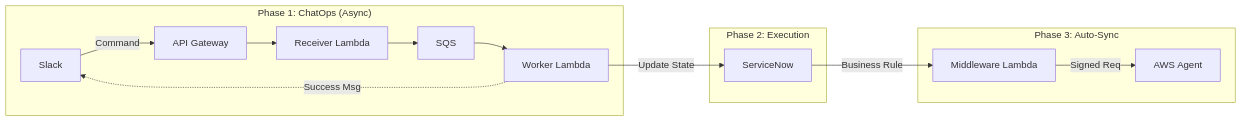
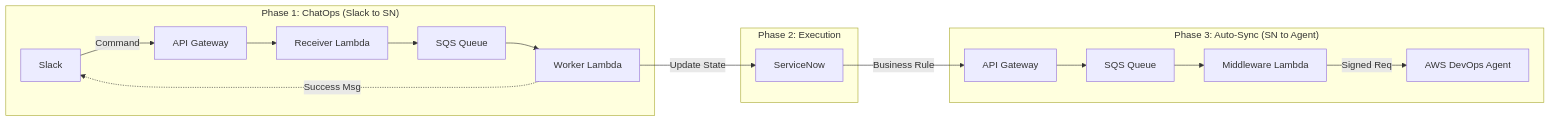
Before and after one commit to sree7k7/ChatOps-ServiceNow-DevOps-Agent-Integration: the second of 2 diagrams in README.md, drawn with Mermaid. The commit also changed other lines of this file and 5 other files, not shown here.

````diff
--- a/README.md
+++ b/README.md
@@ -69,19 +67,21 @@
 ```mermaid
 graph LR
-    subgraph "Phase 1: ChatOps (Async)"
-        Slack -->|Command| API[API Gateway]
-        API --> Receiver[Receiver Lambda]
-        Receiver --> SQS
-        SQS --> Worker[Worker Lambda]
+    subgraph "Phase 1: ChatOps (Slack to SN)"
+        Slack -->|Command| API_Chat[API Gateway]
+        API_Chat --> Receiver[Receiver Lambda]
+        Receiver --> SQS_Chat[SQS Queue]
+        SQS_Chat --> Worker[Worker Lambda]
     end
 
     subgraph "Phase 2: Execution"
         Worker -->|Update State| SN[ServiceNow]
         Worker -.->|Success Msg| Slack
     end
 
-    subgraph "Phase 3: Auto-Sync"
-        SN -->|Business Rule| MidLambda[Middleware Lambda]
-        MidLambda -->|Signed Req| Agent[AWS Agent]
+    subgraph "Phase 3: Auto-Sync (SN to Agent)"
+        SN -->|Business Rule| API_SN[API Gateway]
+        API_SN --> SQS_SN[SQS Queue]
+        SQS_SN --> MidLambda[Middleware Lambda]
+        MidLambda -->|Signed Req| Agent[AWS DevOps Agent]
     end
 ```
````
